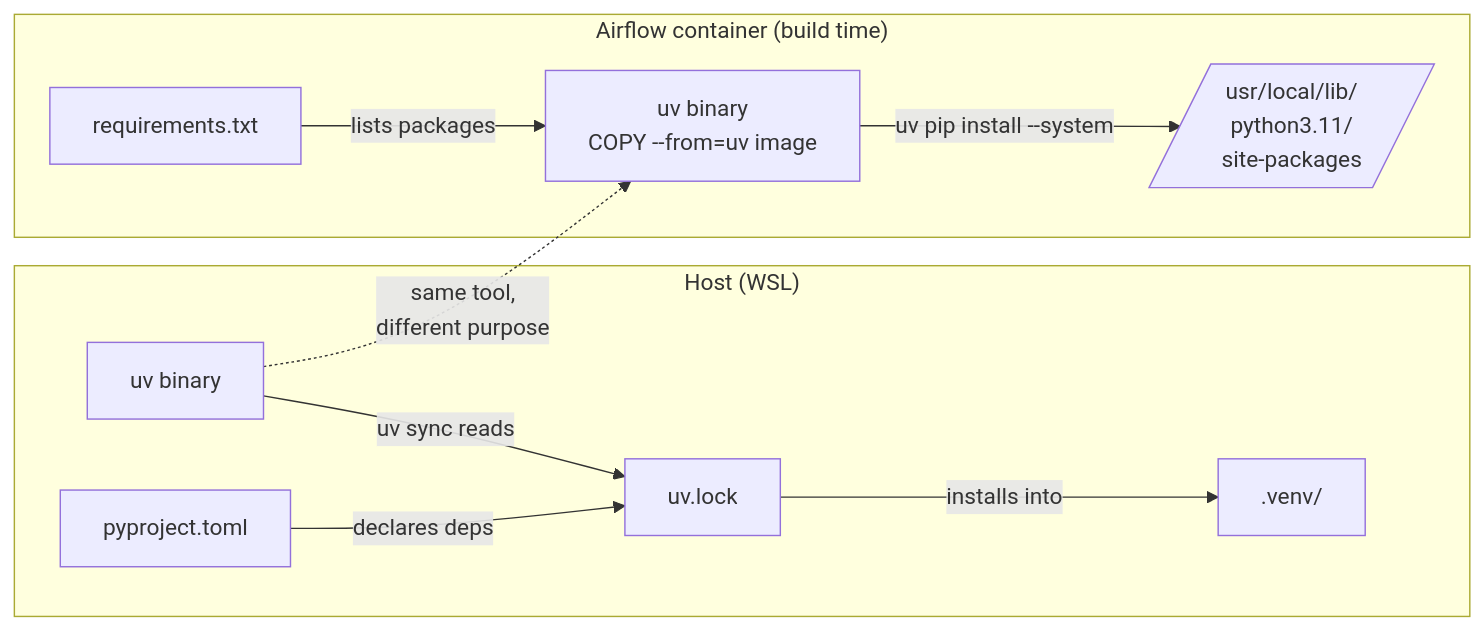
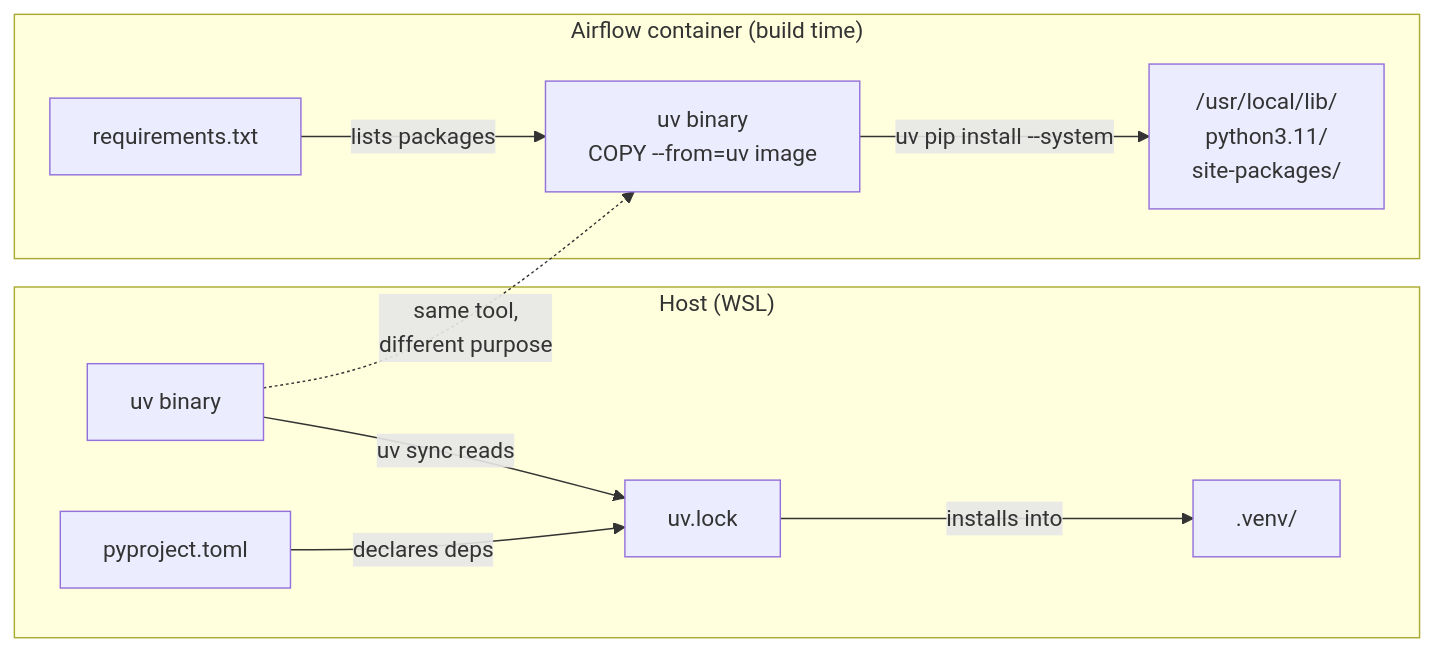
The second of 9 diagrams in docs/knowledge.md (SagarMarthandan/chicago-data-pipeline), drawn with Mermaid before and after one commit. The commit also changed other lines of this file and 1 other file, not shown here.

````diff
--- a/docs/knowledge.md
+++ b/docs/knowledge.md
@@ -229,22 +223,22 @@
 ```mermaid
 graph LR
     subgraph "Host (WSL)"
         UV1[uv binary]
         PP[pyproject.toml]
         UL[uv.lock]
-        VENV[.venv/]
+        VENV[".venv/"]
         UV1 -->|uv sync reads| UL
         UL -->|installs into| VENV
         PP -->|declares deps| UL
     end
 
     subgraph "Airflow container (build time)"
         UV2[uv binary<br/>COPY --from=uv image]
         AREQ[requirements.txt]
-        SITE[/usr/local/lib/<br/>python3.11/<br/>site-packages/]
+        SITE["/usr/local/lib/<br/>python3.11/<br/>site-packages/"]
         UV2 -->|uv pip install --system| SITE
         AREQ -->|lists packages| UV2
     end
 
     UV1 -.->|same tool,<br/>different purpose| UV2
 ```
````
